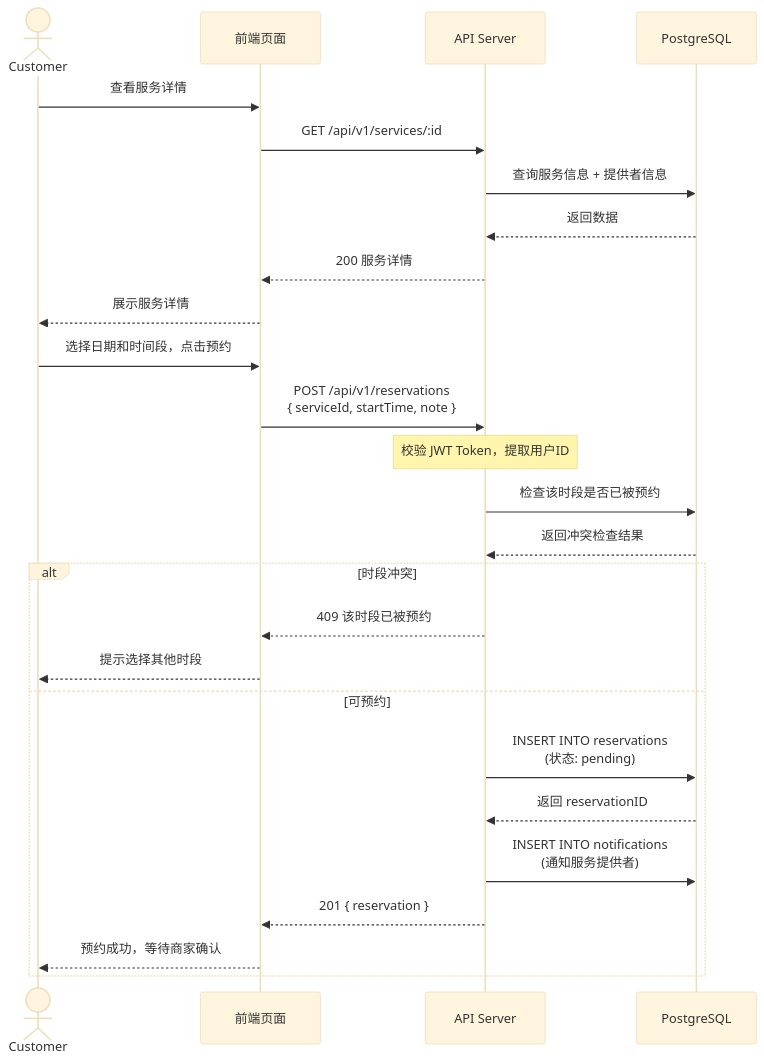
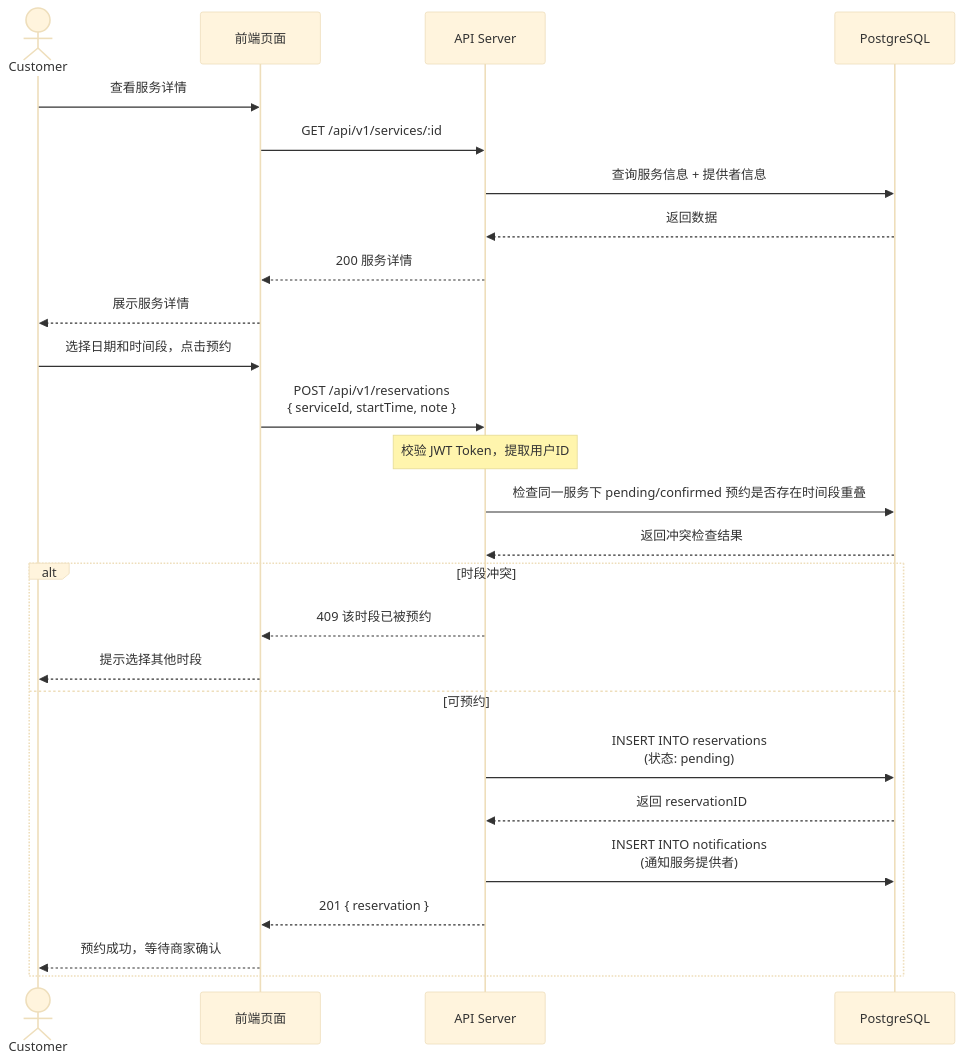
Diagram 12 of 19 in docs/PRD.md (laipuran/online_reservation_system), drawn with Mermaid (base theme) before and after one commit. The commit also changed other lines of this file and 31 other files, not shown here.

````diff
--- a/docs/PRD.md
+++ b/docs/PRD.md
@@ -443,31 +443,31 @@
 ```mermaid
 sequenceDiagram
     actor Customer
     participant FE as 前端页面
     participant BE as API Server
     participant DB as PostgreSQL
 
     Customer->>FE: 查看服务详情
     FE->>BE: GET /api/v1/services/:id
     BE->>DB: 查询服务信息 + 提供者信息
     DB-->>BE: 返回数据
     BE-->>FE: 200 服务详情
     FE-->>Customer: 展示服务详情
 
     Customer->>FE: 选择日期和时间段，点击预约
     FE->>BE: POST /api/v1/reservations<br/>{ serviceId, startTime, note }
     Note over BE: 校验 JWT Token，提取用户ID
 
-    BE->>DB: 检查该时段是否已被预约
+    BE->>DB: 检查同一服务下 pending/confirmed 预约是否存在时间段重叠
     DB-->>BE: 返回冲突检查结果
     alt 时段冲突
         BE-->>FE: 409 该时段已被预约
         FE-->>Customer: 提示选择其他时段
     else 可预约
         BE->>DB: INSERT INTO reservations<br/>(状态: pending)
         DB-->>BE: 返回 reservationID
         BE->>DB: INSERT INTO notifications<br/>(通知服务提供者)
         BE-->>FE: 201 { reservation }
         FE-->>Customer: 预约成功，等待商家确认
     end
 ```
````
